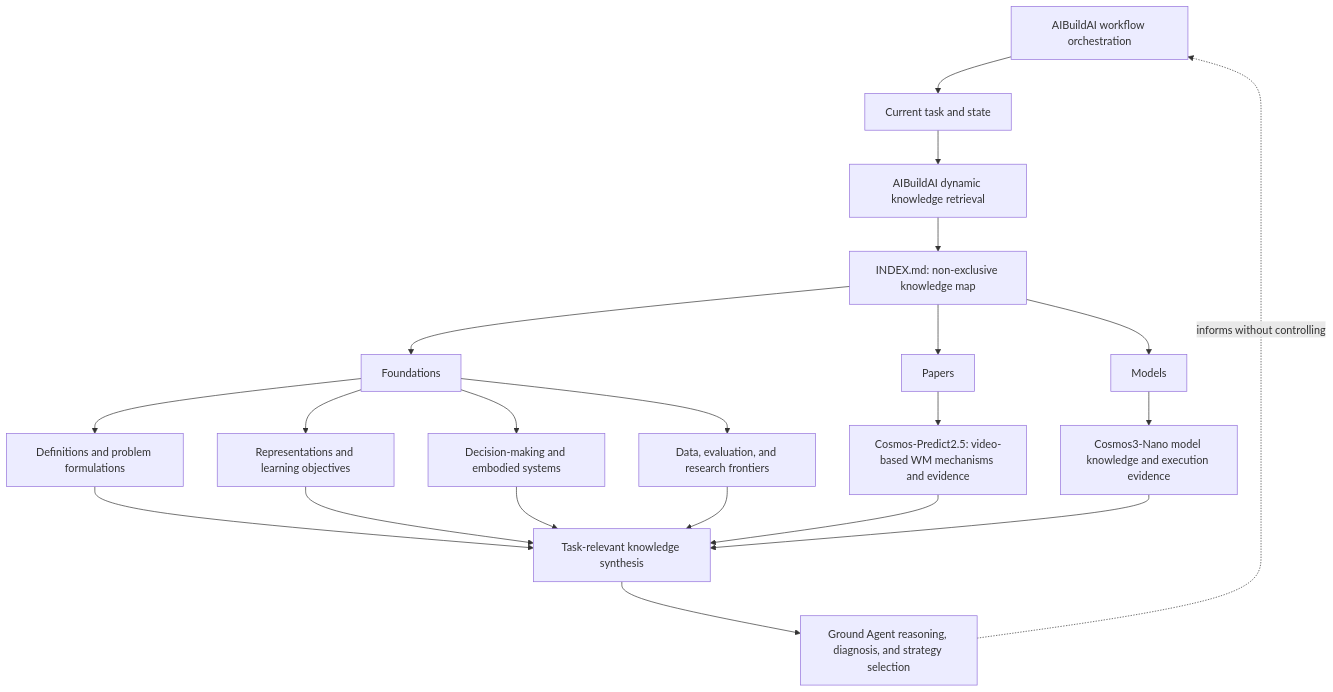
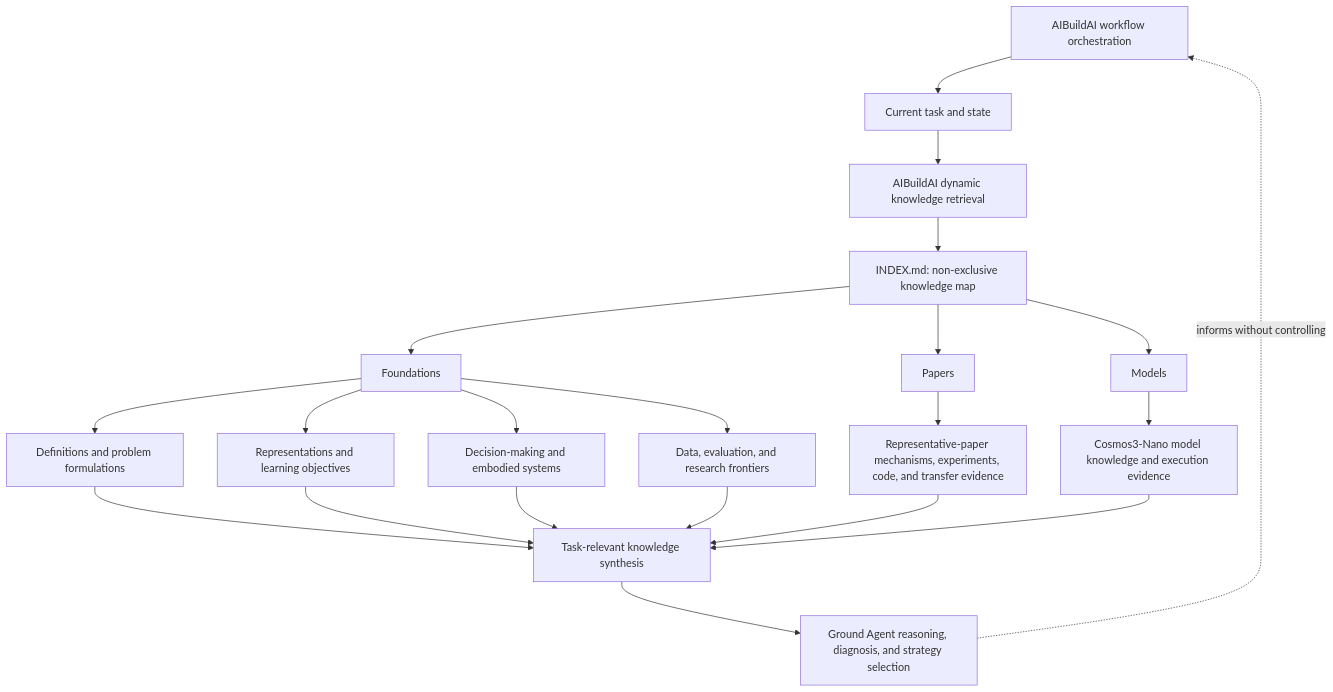
One commit to ABA-WM-Knowledge-Base/ABA-WM-Knowledge-Base changed the diagram in README.md. Above: the diagram before and after it, drawn with Mermaid. The commit also changed other lines of this file and 20 other files, not shown here.

Commit message:
Add IRASim representative paper knowledge entry

````diff
--- a/README.md
+++ b/README.md
@@ -28,28 +28,28 @@
 ```mermaid
 flowchart TD
     O["AIBuildAI workflow orchestration"] --> T["Current task and state"]
     T --> R["AIBuildAI dynamic knowledge retrieval"]
     R --> I["INDEX.md: non-exclusive knowledge map"]
 
     I --> F["Foundations"]
     I --> P["Papers"]
     I --> M["Models"]
 
     F --> F1["Definitions and problem formulations"]
     F --> F2["Representations and learning objectives"]
     F --> F3["Decision-making and embodied systems"]
     F --> F4["Data, evaluation, and research frontiers"]
 
-    P --> P25["Cosmos-Predict2.5: video-based WM mechanisms and evidence"]
+    P --> PE["Representative-paper mechanisms, experiments, code, and transfer evidence"]
     M --> C["Cosmos3-Nano model knowledge and execution evidence"]
 
     F1 --> S["Task-relevant knowledge synthesis"]
     F2 --> S
     F3 --> S
     F4 --> S
-    P25 --> S
+    PE --> S
     C --> S
 
     S --> D["Ground Agent reasoning, diagnosis, and strategy selection"]
     D -.->|informs without controlling| O
 ```
````
